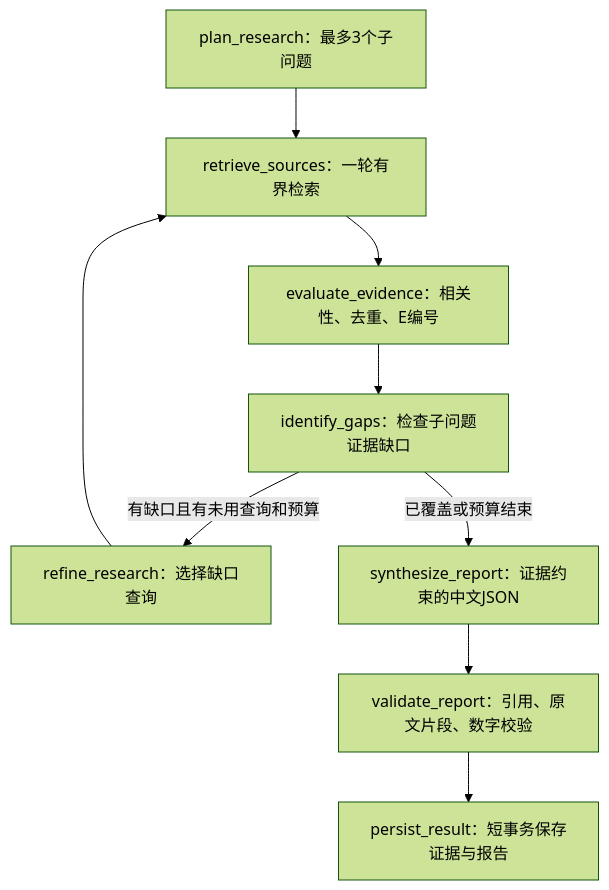
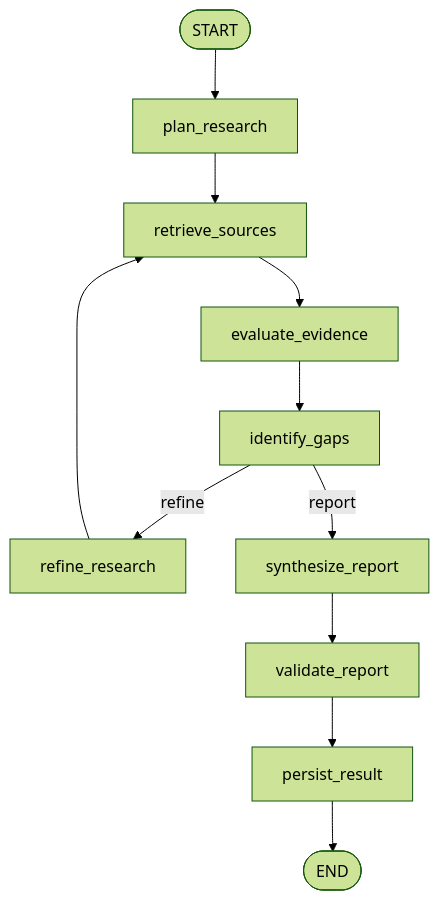
Before and after one commit to xuanqiu23333/AIPulse: the second of 2 diagrams in docs/13-DEEP-RESEARCH.md, drawn with Mermaid (forest theme). The commit also changed other lines of this file and 13 other files, not shown here.

Commit message:
docs: improve AIPulse showcase and architecture documentation

````diff
--- a/docs/13-DEEP-RESEARCH.md
+++ b/docs/13-DEEP-RESEARCH.md
@@ -17,11 +23,13 @@
 ```mermaid
 flowchart TD
-    A[plan_research：最多3个子问题] --> B[retrieve_sources：一轮有界检索]
-    B --> C[evaluate_evidence：相关性、去重、E编号]
-    C --> D[identify_gaps：检查子问题证据缺口]
-    D -->|有缺口且有未用查询和预算| E[refine_research：选择缺口查询]
-    E --> B
-    D -->|已覆盖或预算结束| F[synthesize_report：证据约束的中文JSON]
-    F --> G[validate_report：引用、原文片段、数字校验]
-    G --> H[persist_result：短事务保存证据与报告]
+  START_NODE([START]) --> plan_research
+  plan_research --> retrieve_sources
+  retrieve_sources --> evaluate_evidence
+  evaluate_evidence --> identify_gaps
+  identify_gaps -->|refine| refine_research
+  refine_research --> retrieve_sources
+  identify_gaps -->|report| synthesize_report
+  synthesize_report --> validate_report
+  validate_report --> persist_result
+  persist_result --> END_NODE([END])
 ```
````
